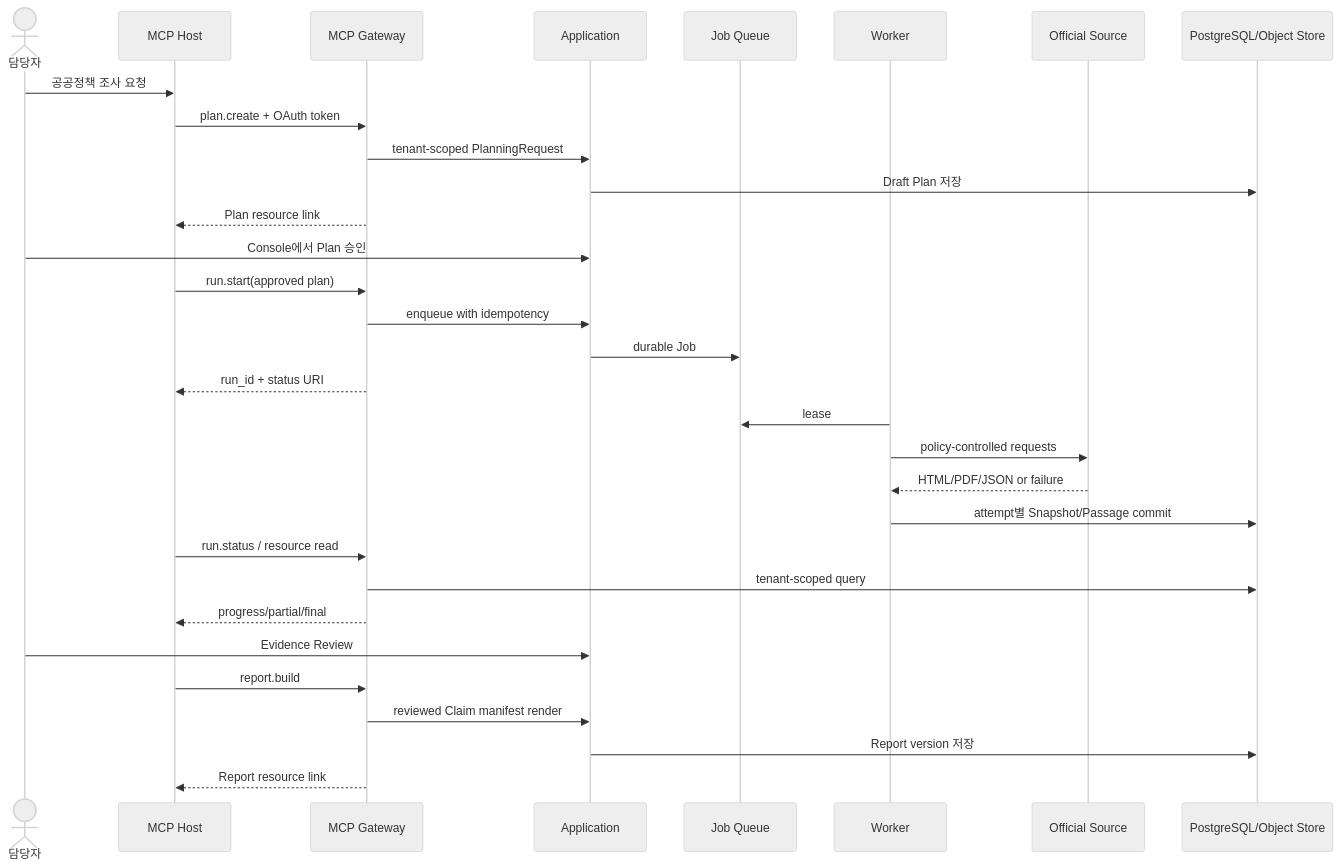
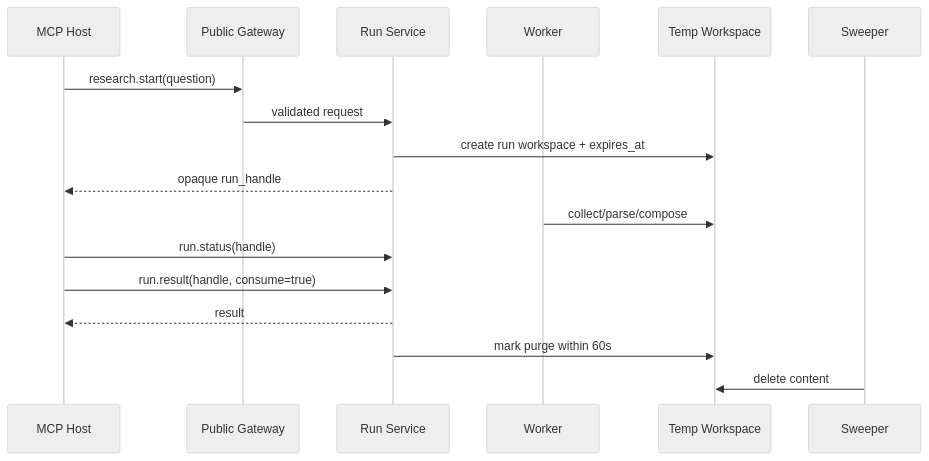
Before and after one commit to Kminer2053/public-sector-research-skill: the fourth of 4 diagrams in docs/ARCHITECTURE.md, drawn with Mermaid (neutral theme). The commit also changed other lines of this file and 10 other files, not shown here.

````diff
--- a/docs/ARCHITECTURE.md
+++ b/docs/ARCHITECTURE.md
@@ -543,34 +211,20 @@
 ```mermaid
 sequenceDiagram
-    actor U as 담당자
     participant H as MCP Host
-    participant G as MCP Gateway
-    participant A as Application
-    participant Q as Job Queue
+    participant G as Public Gateway
+    participant R as Run Service
     participant W as Worker
-    participant O as Official Source
-    participant DB as PostgreSQL/Object Store
+    participant T as Temp Workspace
+    participant S as Sweeper
 
-    U->>H: 공공정책 조사 요청
-    H->>G: plan.create + OAuth token
-    G->>A: tenant-scoped PlanningRequest
-    A->>DB: Draft Plan 저장
-    G-->>H: Plan resource link
-    U->>A: Console에서 Plan 승인
-    H->>G: run.start(approved plan)
-    G->>A: enqueue with idempotency
-    A->>Q: durable Job
-    G-->>H: run_id + status URI
-    W->>Q: lease
-    W->>O: policy-controlled requests
-    O-->>W: HTML/PDF/JSON or failure
-    W->>DB: attempt별 Snapshot/Passage commit
-    H->>G: run.status / resource read
-    G->>DB: tenant-scoped query
-    G-->>H: progress/partial/final
-    U->>A: Evidence Review
-    H->>G: report.build
-    G->>A: reviewed Claim manifest render
-    A->>DB: Report version 저장
-    G-->>H: Report resource link
+    H->>G: research.start(question)
+    G->>R: validated request
+    R->>T: create run workspace + expires_at
+    R-->>H: opaque run_handle
+    W->>T: collect/parse/compose
+    H->>R: run.status(handle)
+    H->>R: run.result(handle, consume=true)
+    R-->>H: result
+    R->>T: mark purge within 60s
+    S->>T: delete content
 ```
````
